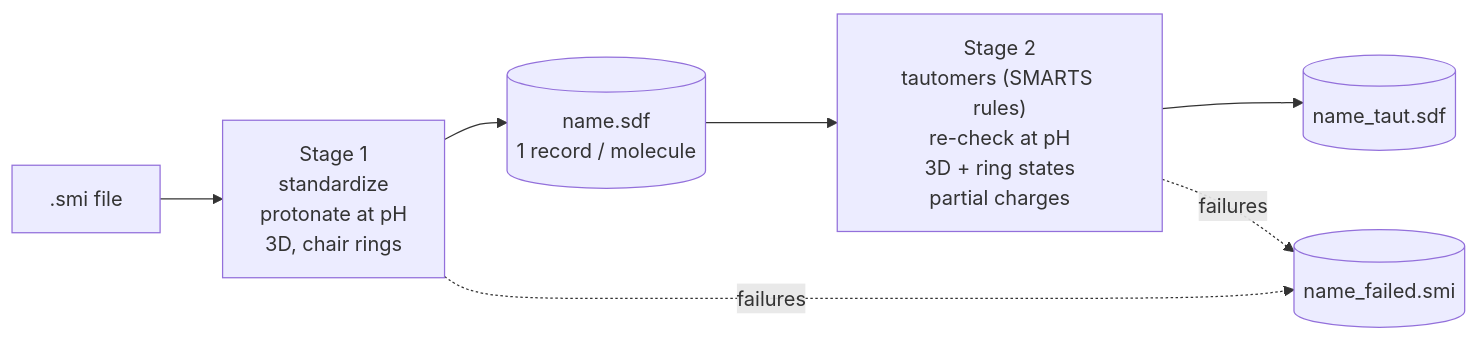
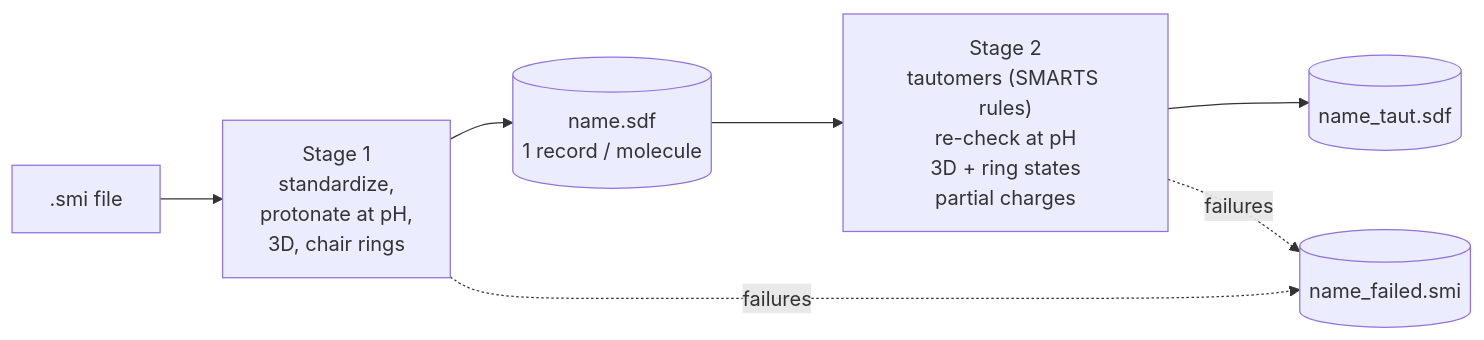
One commit to BishalDebroy/ligprep changed the diagram in README.md. Above: the diagram before and after it, drawn with Mermaid. The commit also changed other lines of this file, not shown here.

````diff
--- a/README.md
+++ b/README.md
@@ -7,9 +7,9 @@
 ```mermaid
 flowchart LR
-    A[".smi file"] --> B["Stage 1<br/>standardize<br/>protonate at pH<br/>3D, chair rings"]
+    A[".smi file"] --> B["Stage 1<br/>standardize,<br/>protonate at pH,<br/>3D, chair rings"]
     B --> C[("name.sdf<br/>1 record / molecule")]
     C --> D["Stage 2<br/>tautomers (SMARTS rules)<br/>re-check at pH<br/>3D + ring states<br/>partial charges"]
     D --> E[("name_taut.sdf")]
     B -. failures .-> F[("name_failed.smi")]
     D -. failures .-> F
 ```
````
